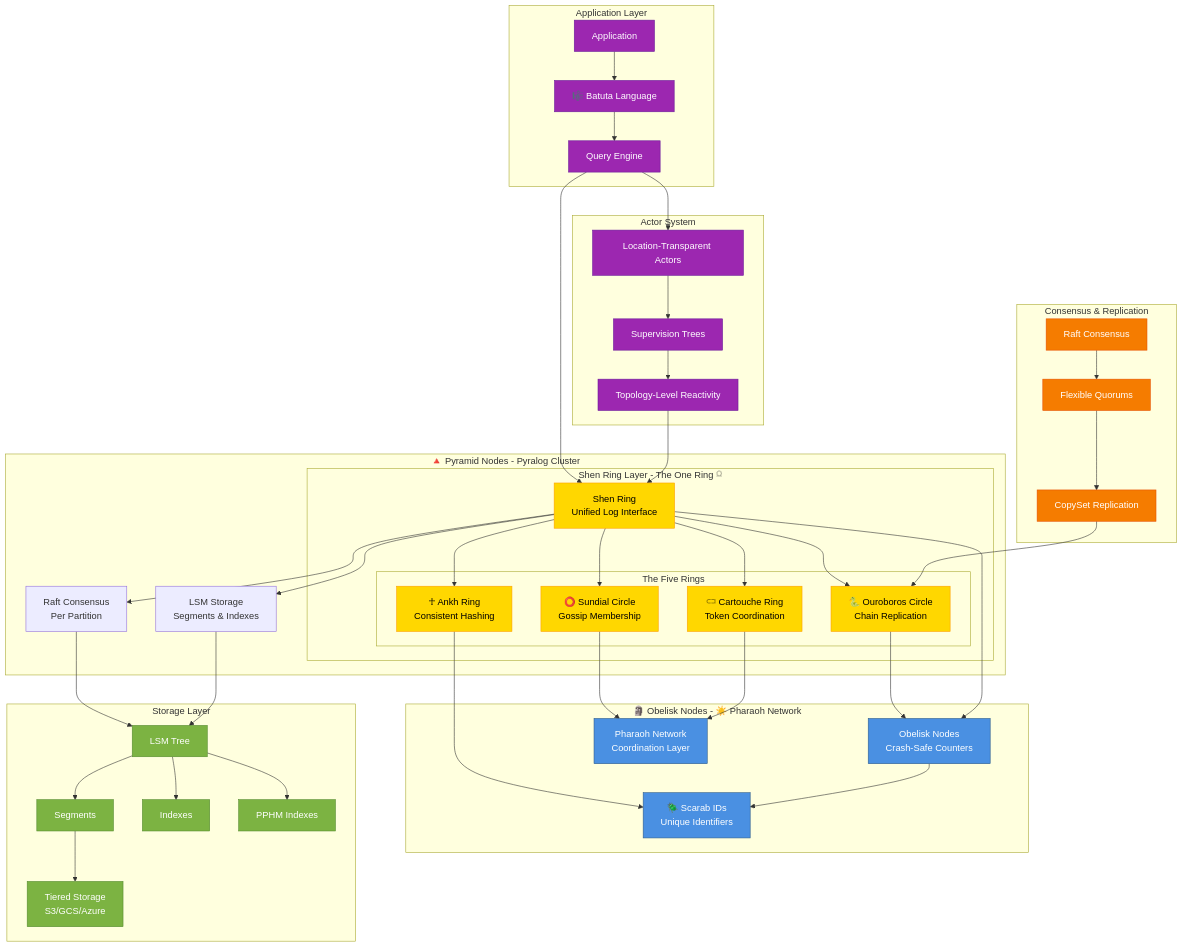
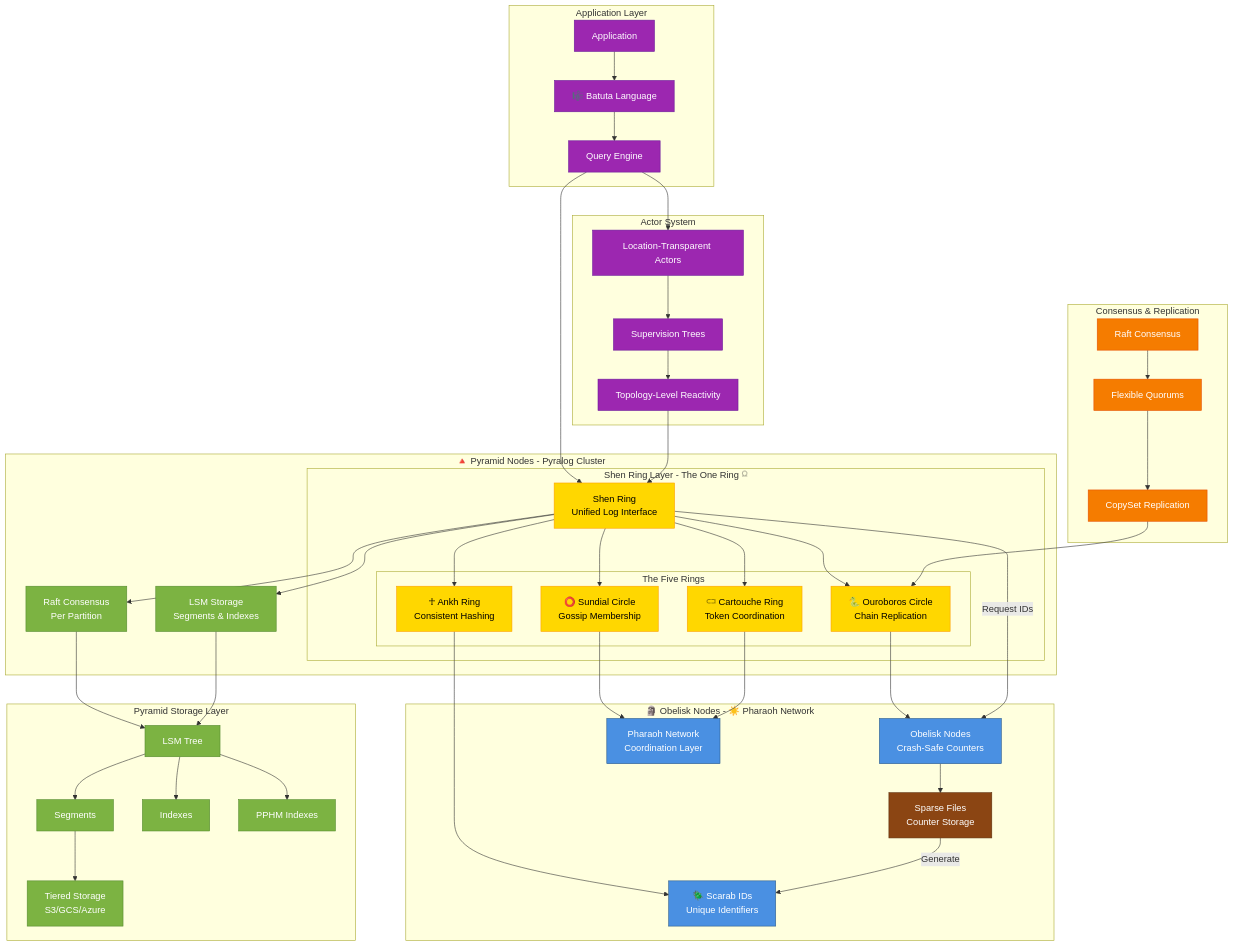
Before and after one commit to artbin/dlog: the diagram in diagrams/system-architecture.mmd, drawn with Mermaid. The commit also changed 1 other file, not shown here.

First paragraph of the commit message:
Fix diagrams: Obelisk nodes have separate storage from Pyramid nodes
Corrected storage architecture in diagrams:

```diff
--- a/diagrams/system-architecture.mmd
+++ b/diagrams/system-architecture.mmd
@@ -1,105 +1,109 @@
 graph TB
     subgraph "Application Layer"
         APP[Application]
         BATUTA[🎼 Batuta Language]
         QUERY[Query Engine]
     end
     
     subgraph "🔺 Pyramid Nodes - Pyralog Cluster"
         subgraph "Shen Ring Layer - The One Ring 𓍶"
             SHEN[Shen Ring<br/>Unified Log Interface]
             
             subgraph "The Five Rings"
                 ANKH[☥ Ankh Ring<br/>Consistent Hashing]
                 SUNDIAL[⭕ Sundial Circle<br/>Gossip Membership]
                 CARTOUCHE[𓍹𓍺 Cartouche Ring<br/>Token Coordination]
                 OUROBOROS[🐍 Ouroboros Circle<br/>Chain Replication]
             end
         end
         
         PYRAMID_RAFT[Raft Consensus<br/>Per Partition]
         PYRAMID_STORAGE[LSM Storage<br/>Segments & Indexes]
     end
     
     subgraph "🗿 Obelisk Nodes - ☀️ Pharaoh Network"
         OBELISK[Obelisk Nodes<br/>Crash-Safe Counters]
+        OBELISK_SPARSE[Sparse Files<br/>Counter Storage]
         PHARAOH[Pharaoh Network<br/>Coordination Layer]
         SCARAB[🪲 Scarab IDs<br/>Unique Identifiers]
     end
     
-    subgraph "Storage Layer"
+    subgraph "Pyramid Storage Layer"
         LSM[LSM Tree]
         SEGMENTS[Segments]
         INDEX[Indexes]
         PPHM[PPHM Indexes]
         TIERED[Tiered Storage<br/>S3/GCS/Azure]
     end
     
     subgraph "Consensus & Replication"
         RAFT[Raft Consensus]
         QUORUM[Flexible Quorums]
         COPYSET[CopySet Replication]
     end
     
     subgraph "Actor System"
         ACTORS[Location-Transparent Actors]
         SUPERVISION[Supervision Trees]
         TOPOLOGY[Topology-Level Reactivity]
     end
     
     %% Application to Shen Ring
     APP --> BATUTA
     BATUTA --> QUERY
     QUERY --> SHEN
     
     %% Shen Ring to Five Rings
     SHEN --> ANKH
     SHEN --> SUNDIAL
     SHEN --> CARTOUCHE
     SHEN --> OUROBOROS
     
     %% Five Rings to Coordination
     ANKH --> SCARAB
     SUNDIAL --> PHARAOH
     CARTOUCHE --> PHARAOH
     OUROBOROS --> OBELISK
     
     %% Pyramid internals
     SHEN --> PYRAMID_RAFT
     SHEN --> PYRAMID_STORAGE
     PYRAMID_RAFT --> LSM
     PYRAMID_STORAGE --> LSM
     
     %% Pyramid requests from Pharaoh Network
-    SHEN --> OBELISK
-    OBELISK --> SCARAB
+    SHEN -->|Request IDs| OBELISK
+    OBELISK --> OBELISK_SPARSE
+    OBELISK_SPARSE -->|Generate| SCARAB
     
     %% Storage internals
     LSM --> SEGMENTS
     LSM --> INDEX
     LSM --> PPHM
     SEGMENTS --> TIERED
     
     %% Consensus
     RAFT --> QUORUM
     QUORUM --> COPYSET
     COPYSET --> OUROBOROS
     
     %% Actor integration
     QUERY --> ACTORS
     ACTORS --> SUPERVISION
     SUPERVISION --> TOPOLOGY
     TOPOLOGY --> SHEN
     
     %% Styling
     classDef primitive fill:#4A90E2,stroke:#2E5C8A,color:#fff
-    classDef storage fill:#7CB342,stroke:#558B2F,color:#fff
+    classDef obelisk_storage fill:#8B4513,stroke:#5D2E0C,color:#fff
+    classDef pyramid_storage fill:#7CB342,stroke:#558B2F,color:#fff
     classDef consensus fill:#F57C00,stroke:#E65100,color:#fff
     classDef application fill:#9C27B0,stroke:#6A1B9A,color:#fff
     classDef ring fill:#FFD700,stroke:#FFA000,color:#000
     
     class OBELISK,PHARAOH,SCARAB primitive
-    class LSM,SEGMENTS,INDEX,PPHM,TIERED storage
+    class OBELISK_SPARSE obelisk_storage
+    class LSM,SEGMENTS,INDEX,PPHM,TIERED,PYRAMID_STORAGE,PYRAMID_RAFT pyramid_storage
     class RAFT,QUORUM,COPYSET consensus
     class APP,BATUTA,QUERY,ACTORS,SUPERVISION,TOPOLOGY application
     class SHEN,ANKH,SUNDIAL,CARTOUCHE,OUROBOROS ring
```
